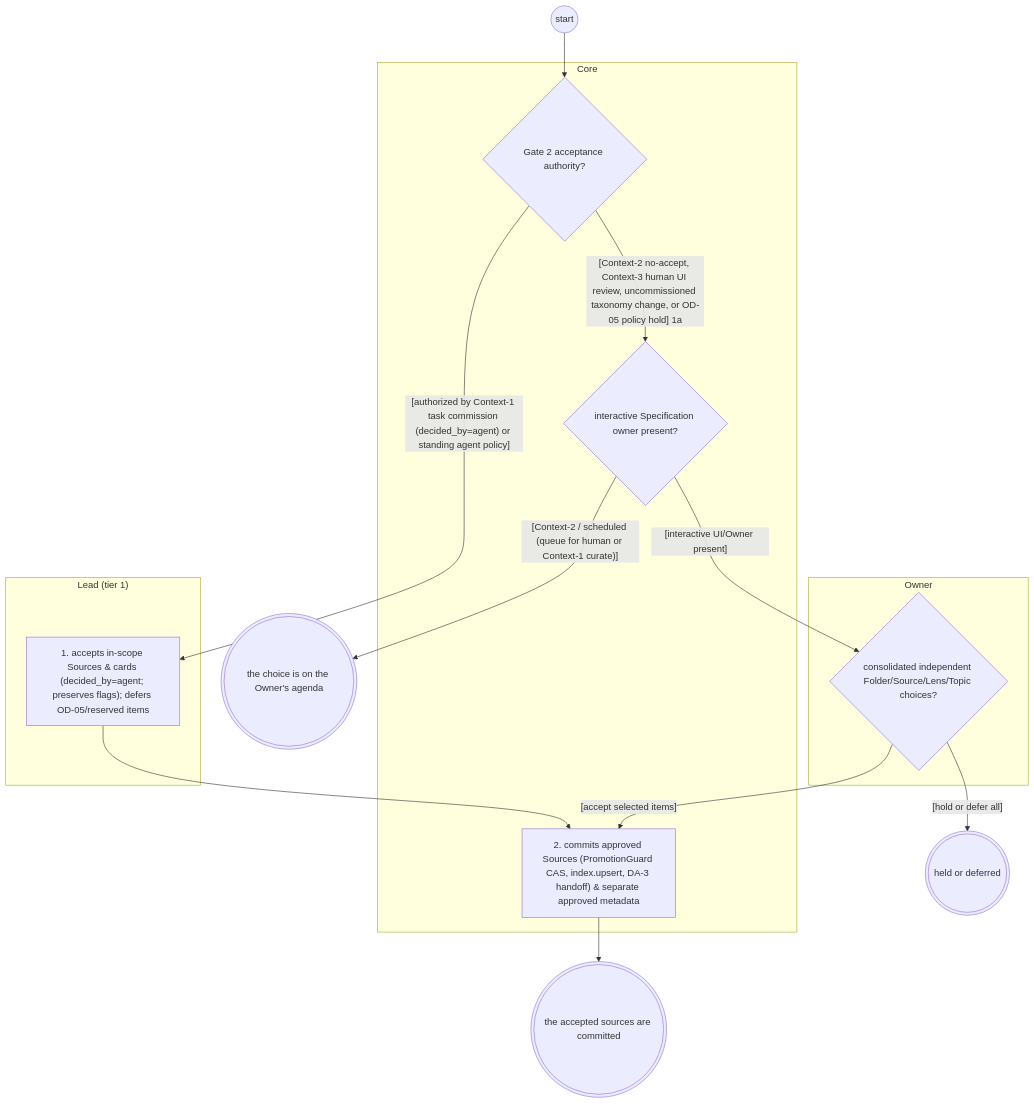
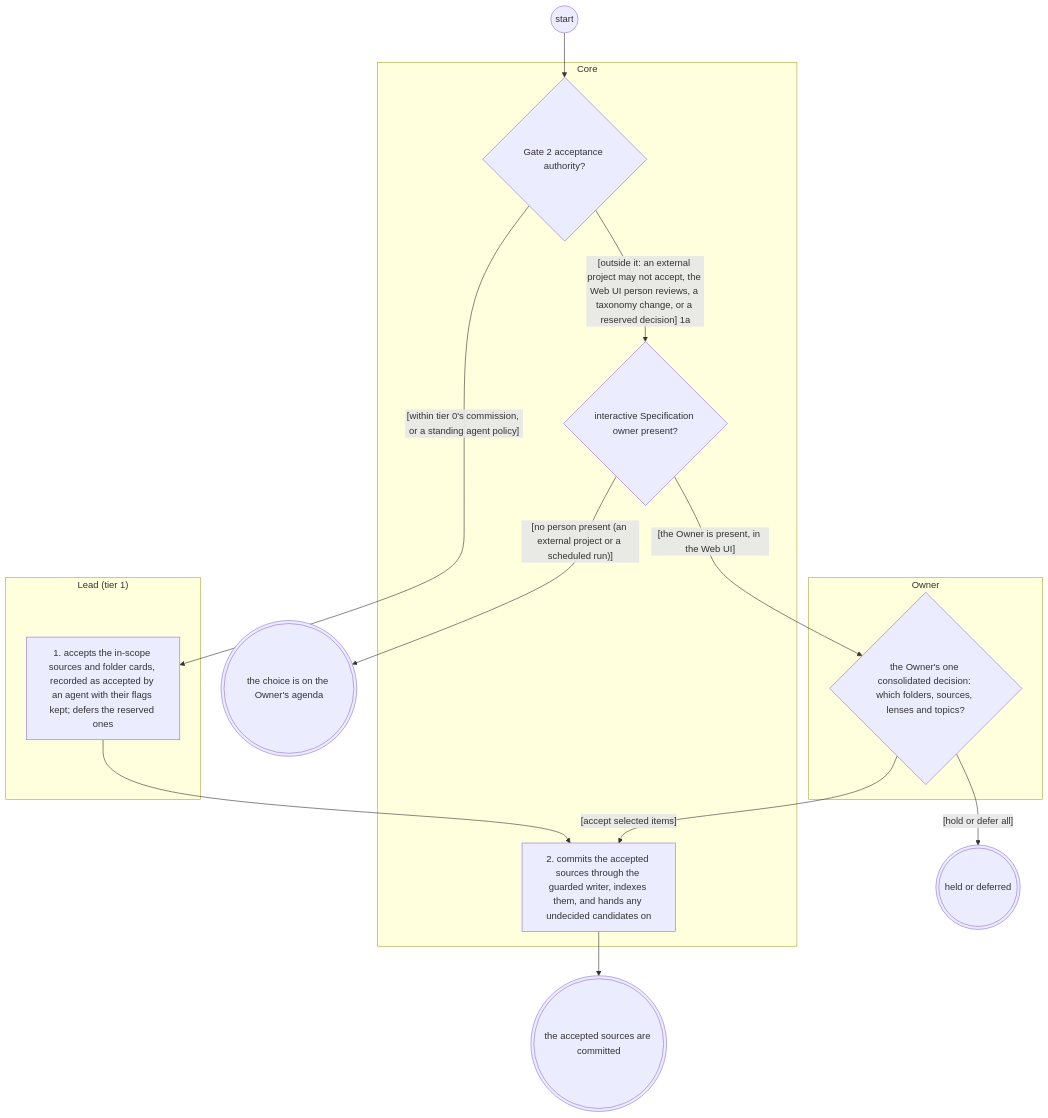
One commit to Jake36999/Librarian_V2 changed the diagram in reports/2026-11-25-systems-analysis-finalisation/librarian/to-be/views/acceptance.views.md. Above: the diagram before and after it, drawn with Mermaid. The commit also changed other lines of this file and 37 other files, not shown here.

````diff
--- a/reports/2026-11-25-systems-analysis-finalisation/librarian/to-be/views/acceptance.views.md
+++ b/reports/2026-11-25-systems-analysis-finalisation/librarian/to-be/views/acceptance.views.md
@@ -39,28 +39,28 @@
 ```mermaid
 flowchart TD
   subgraph Owner["Owner"]
-    ownergate2{"consolidated independent Folder/Source/Lens/Topic choices?"}
+    ownergate2{"the Owner's one consolidated decision: which folders, sources, lenses and topics?"}
   end
   subgraph Lead_tier_1_["Lead (tier 1)"]
-    leadaccept["1. accepts in-scope Sources & cards (decided_by=agent; preserves flags); defers OD-05/reserved items"]
+    leadaccept["1. accepts the in-scope sources and folder cards, recorded as accepted by an agent with their flags kept; defers the reserved ones"]
   end
   subgraph Core["Core"]
     dgate2{"Gate 2 acceptance authority?"}
     dgate2caller{"interactive Specification owner present?"}
-    promote["2. commits approved Sources (PromotionGuard CAS, index.upsert, DA-3 handoff) & separate approved metadata"]
+    promote["2. commits the accepted sources through the guarded writer, indexes them, and hands any undecided candidates on"]
   end
   s(("start"))
   e_success((("the accepted sources are committed")))
   e_held_for_the_Owner((("the choice is on the Owner's agenda")))
   e_paused((("held or deferred")))
   s --> dgate2
-  dgate2 -->|"[authorized by Context-1 task commission (decided_by=agent) or standing agent policy]"| leadaccept
-  dgate2 -->|"[Context-2 no-accept, Context-3 human UI review, uncommissioned taxonomy change, or OD-05 policy hold] 1a"| dgate2caller
-  dgate2caller -->|"[interactive UI/Owner present]"| ownergate2
-  dgate2caller -->|"[Context-2 / scheduled (queue for human or Context-1 curate)]"| e_held_for_the_Owner
+  dgate2 -->|"[within tier 0's commission, or a standing agent policy]"| leadaccept
+  dgate2 -->|"[outside it: an external project may not accept, the Web UI person reviews, a taxonomy change, or a reserved decision] 1a"| dgate2caller
+  dgate2caller -->|"[the Owner is present, in the Web UI]"| ownergate2
+  dgate2caller -->|"[no person present (an external project or a scheduled run)]"| e_held_for_the_Owner
   ownergate2 -->|"[accept selected items]"| promote
   ownergate2 -->|"[hold or defer all]"| e_paused
   leadaccept --> promote
   promote --> e_success
   classDef ext stroke:#d9534f,stroke-width:2px
 ```
````
